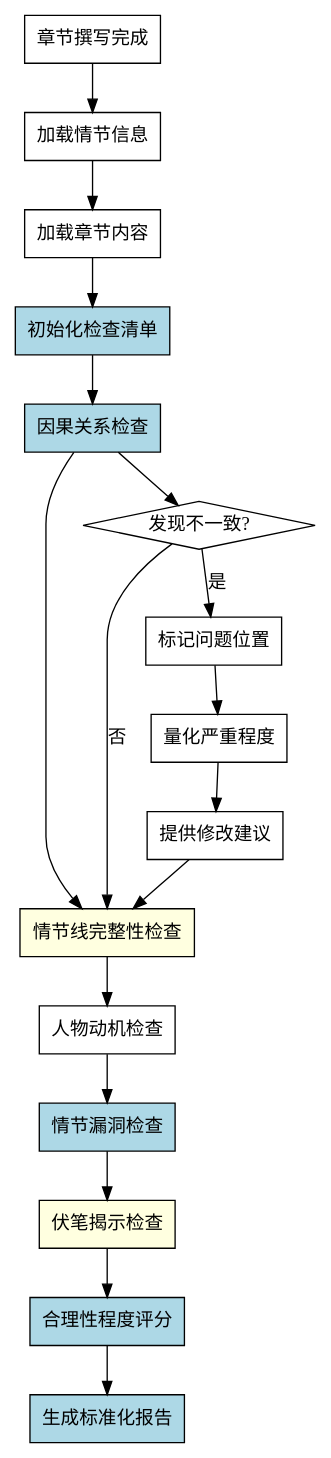
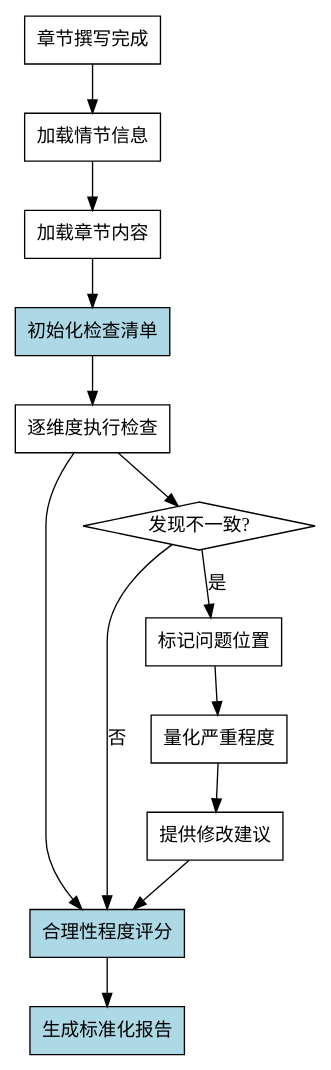
Before and after one commit to llklkl/novel: the diagram in .opencode/skills/check-plot/SKILL.md, drawn with Graphviz. The commit also changed other lines of this file and 19 other files, not shown here.

````diff
--- a/.opencode/skills/check-plot/SKILL.md
+++ b/.opencode/skills/check-plot/SKILL.md
@@ -34,40 +27,32 @@
 ```dot
 digraph check_plot {
     rankdir=TB;
     
     "章节撰写完成" [shape=box];
     "加载情节信息" [shape=box];
     "加载章节内容" [shape=box];
     "初始化检查清单" [shape=box, style=filled, fillcolor=lightblue];
-    "因果关系检查" [shape=box, style=filled, fillcolor=lightblue];
-    "情节线完整性检查" [shape=box, style=filled, fillcolor=lightyellow];
-    "人物动机检查" [shape=box];
-    "情节漏洞检查" [shape=box, style=filled, fillcolor=lightblue];
-    "伏笔揭示检查" [shape=box, style=filled, fillcolor=lightyellow];
+    "逐维度执行检查" [shape=box];
     "合理性程度评分" [shape=box, style=filled, fillcolor=lightblue];
     "生成标准化报告" [shape=box, style=filled, fillcolor=lightblue];
     "发现不一致?" [shape=diamond];
     "标记问题位置" [shape=box];
     "量化严重程度" [shape=box];
     "提供修改建议" [shape=box];
     
     "章节撰写完成" -> "加载情节信息";
     "加载情节信息" -> "加载章节内容";
     "加载章节内容" -> "初始化检查清单";
-    "初始化检查清单" -> "因果关系检查";
-    "因果关系检查" -> "情节线完整性检查";
-    "情节线完整性检查" -> "人物动机检查";
-    "人物动机检查" -> "情节漏洞检查";
-    "情节漏洞检查" -> "伏笔揭示检查";
-    "伏笔揭示检查" -> "合理性程度评分";
+    "初始化检查清单" -> "逐维度执行检查";
+    "逐维度执行检查" -> "合理性程度评分";
     
-    "因果关系检查" -> "发现不一致?";
+    "逐维度执行检查" -> "发现不一致?";
     "发现不一致?" -> "标记问题位置" [label="是"];
-    "发现不一致?" -> "情节线完整性检查" [label="否"];
+    "发现不一致?" -> "合理性程度评分" [label="否"];
     "标记问题位置" -> "量化严重程度";
     "量化严重程度" -> "提供修改建议";
-    "提供修改建议" -> "情节线完整性检查";
+    "提供修改建议" -> "合理性程度评分";
     
     "合理性程度评分" -> "生成标准化报告";
 }
 ```
````
